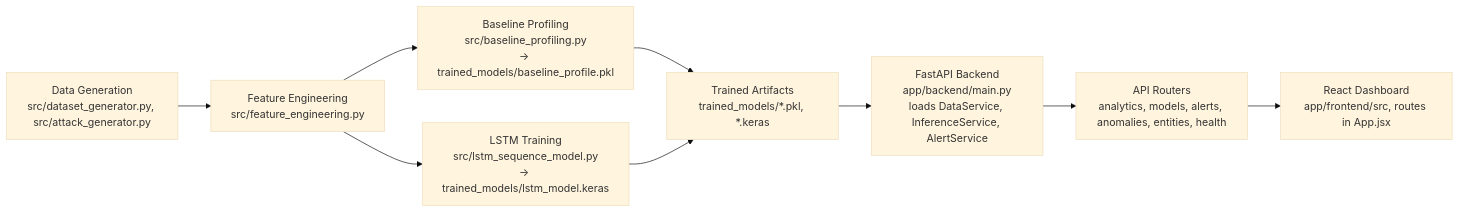
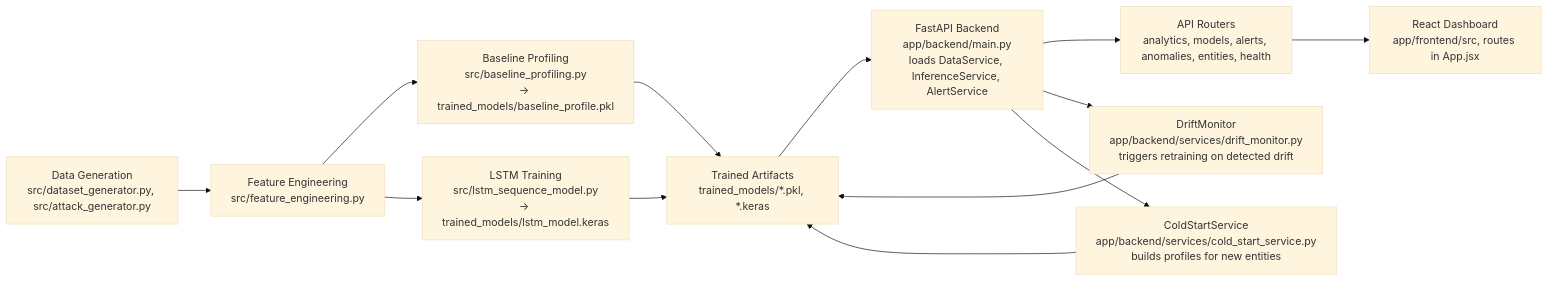
Before and after one commit to rupeshdharavath/Anomaly-Detection-cyber: the first of 5 diagrams in ARCHITECTURE.md, drawn with Mermaid (base theme). The commit also changed other lines of this file and 11 other files, not shown here.

````diff
--- a/ARCHITECTURE.md
+++ b/ARCHITECTURE.md
@@ -10,17 +13,21 @@
 ```mermaid
 flowchart LR
   DataGen["Data Generation<br/>src/dataset_generator.py, src/attack_generator.py"]
   FeatEng["Feature Engineering<br/>src/feature_engineering.py"]
   Baseline["Baseline Profiling<br/>src/baseline_profiling.py<br/>-> trained_models/baseline_profile.pkl"]
   LSTMTrain["LSTM Training<br/>src/lstm_sequence_model.py<br/>-> trained_models/lstm_model.keras"]
   Artifacts["Trained Artifacts<br/>trained_models/*.pkl, *.keras"]
   Backend["FastAPI Backend<br/>app/backend/main.py<br/>loads DataService, InferenceService, AlertService"]
+  Drift["DriftMonitor<br/>app/backend/services/drift_monitor.py<br/>triggers retraining on detected drift"]
+  ColdStart["ColdStartService<br/>app/backend/services/cold_start_service.py<br/>builds profiles for new entities"]
   API["API Routers<br/>analytics, models, alerts, anomalies, entities, health"]
   Frontend["React Dashboard<br/>app/frontend/src, routes in App.jsx"]
 
   DataGen --> FeatEng --> Baseline
   FeatEng --> LSTMTrain
   Baseline --> Artifacts
   LSTMTrain --> Artifacts
   Artifacts --> Backend --> API --> Frontend
+  Backend --> Drift --> Artifacts
+  Backend --> ColdStart --> Artifacts
 ```
````
